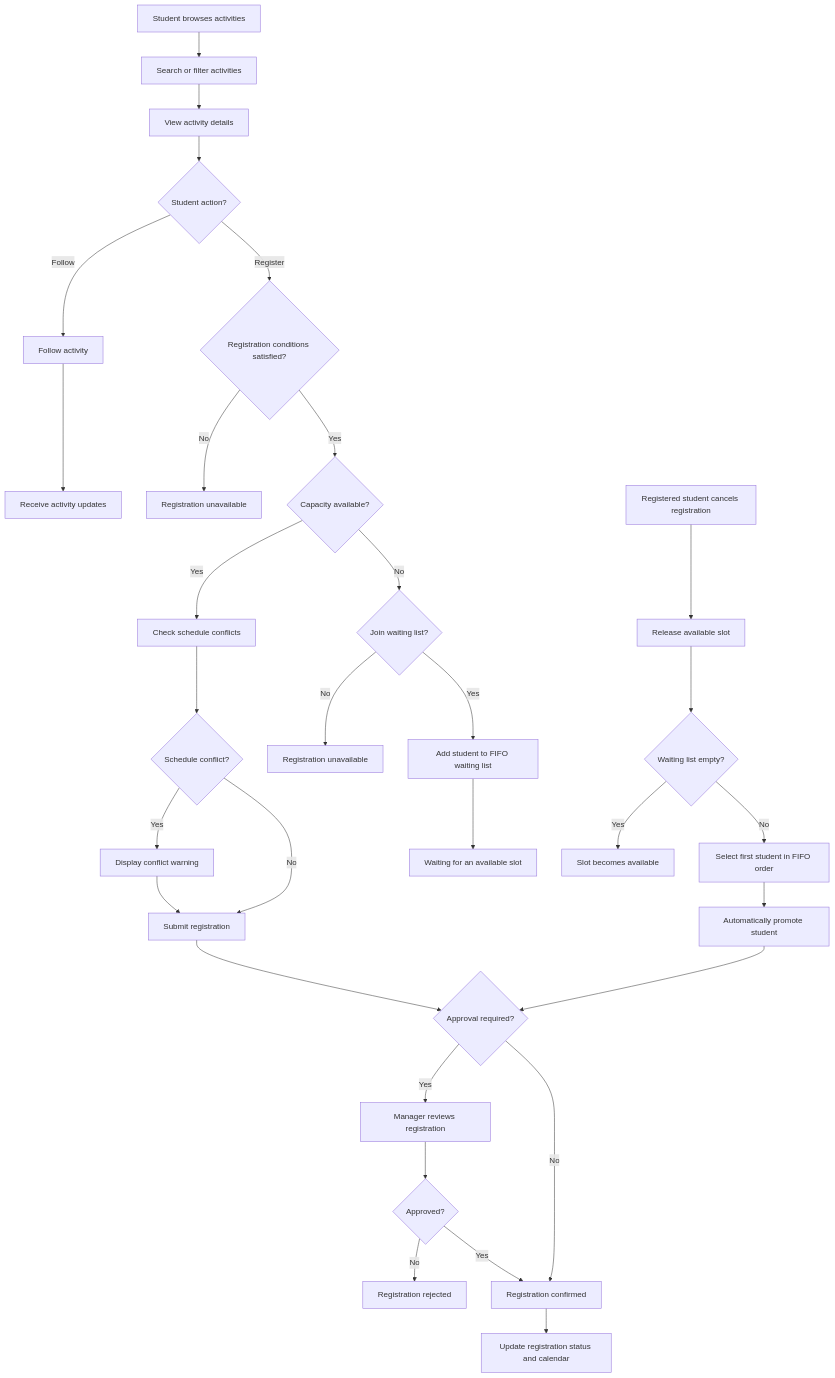
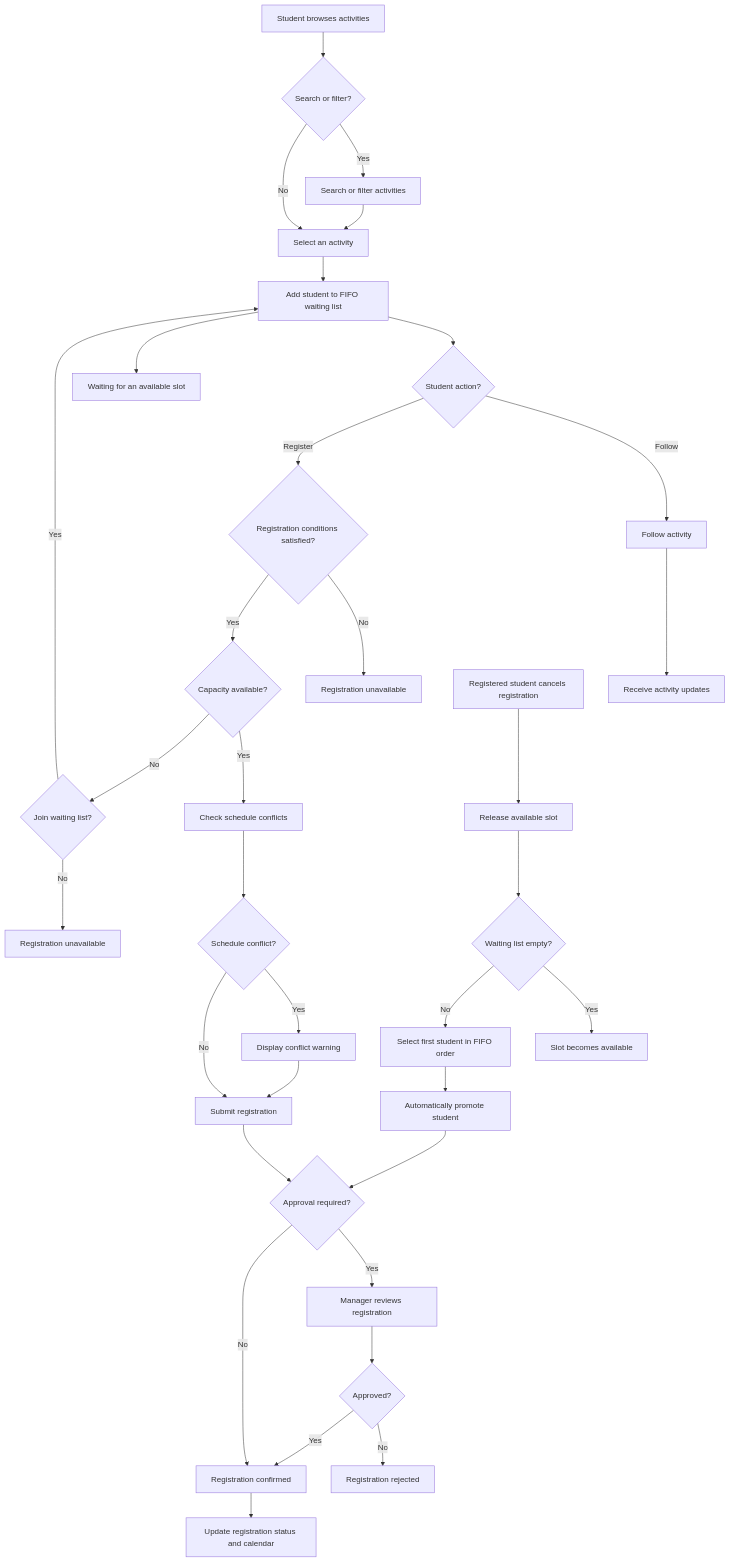
The first of 2 diagrams in docs/requirements/vision-document.md (APCSk24-CS300/cs300-project), drawn with Mermaid before and after one commit. The commit also changed other lines of this file, not shown here.

Commit message:
Update work-flow 1

````diff
--- a/docs/requirements/vision-document.md
+++ b/docs/requirements/vision-document.md
@@ -105,41 +105,44 @@
 ```mermaid
 
 flowchart TD
-    A[Student browses activities] --> B[Search or filter activities]
-    B --> C[View activity details]
-    C --> D{Student action?}
+    A[Student browses activities] --> B{Search or filter?}
+    B -->|Yes| C[Search or filter activities]
+    B -->|No| D[Select an activity]
+    C --> D
+    D --> V[View activity details]
+    V --> SA{Student action?}
 
-    D -- Follow --> E[Follow activity]
+    SA -- Follow --> E[Follow activity]
     E --> F[Receive activity updates]
 
-    D -- Register --> G{Registration conditions satisfied?}
+    SA -- Register --> G{Registration conditions satisfied?}
     G -- No --> H[Registration unavailable]
     G -- Yes --> I{Capacity available?}
 
     I -- Yes --> J[Check schedule conflicts]
     J --> K{Schedule conflict?}
     K -- Yes --> L[Display conflict warning]
     K -- No --> M[Submit registration]
     L --> M
 
     M --> N{Approval required?}
     N -- Yes --> O[Manager reviews registration]
     O --> P{Approved?}
     P -- No --> Q[Registration rejected]
     P -- Yes --> R[Registration confirmed]
     N -- No --> R
     R --> S[Update registration status and calendar]
 
     I -- No --> T{Join waiting list?}
     T -- No --> U[Registration unavailable]
     T -- Yes --> V[Add student to FIFO waiting list]
     V --> W[Waiting for an available slot]
 
     X[Registered student cancels registration] --> Y[Release available slot]
     Y --> Z{Waiting list empty?}
     Z -- Yes --> AA[Slot becomes available]
     Z -- No --> AB[Select first student in FIFO order]
     AB --> AC[Automatically promote student]
     AC --> N
 
 ```
````
